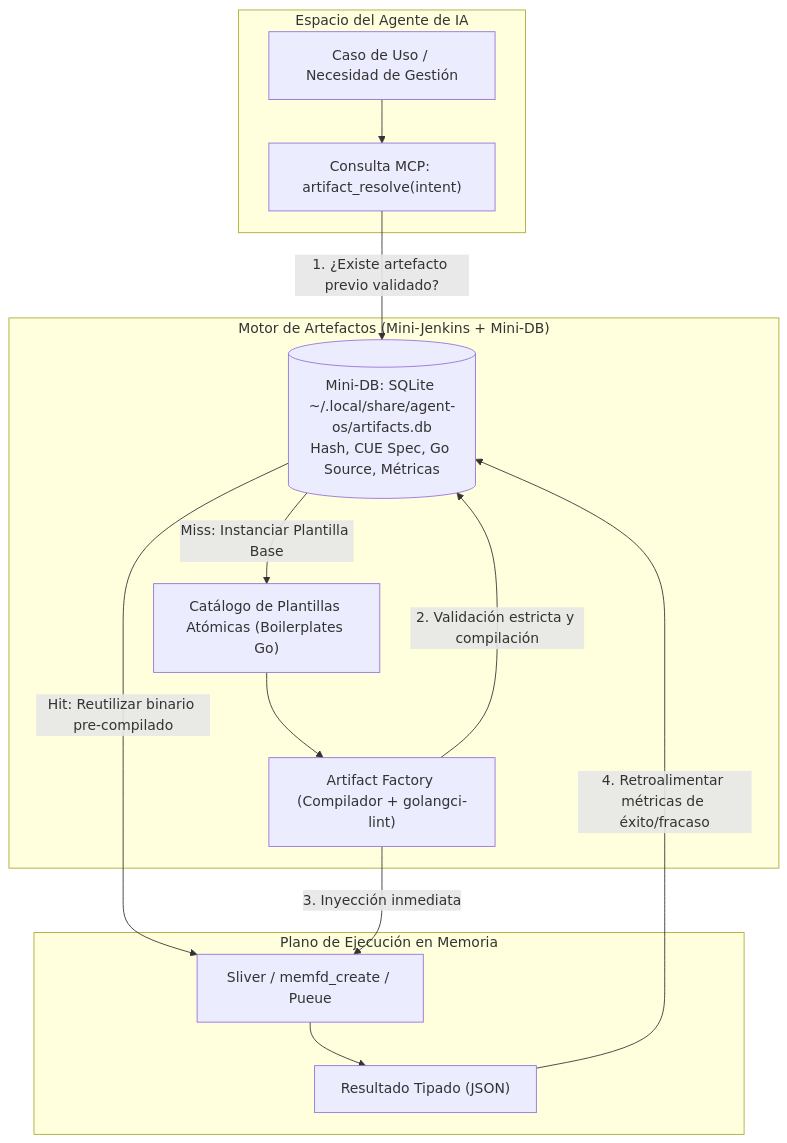
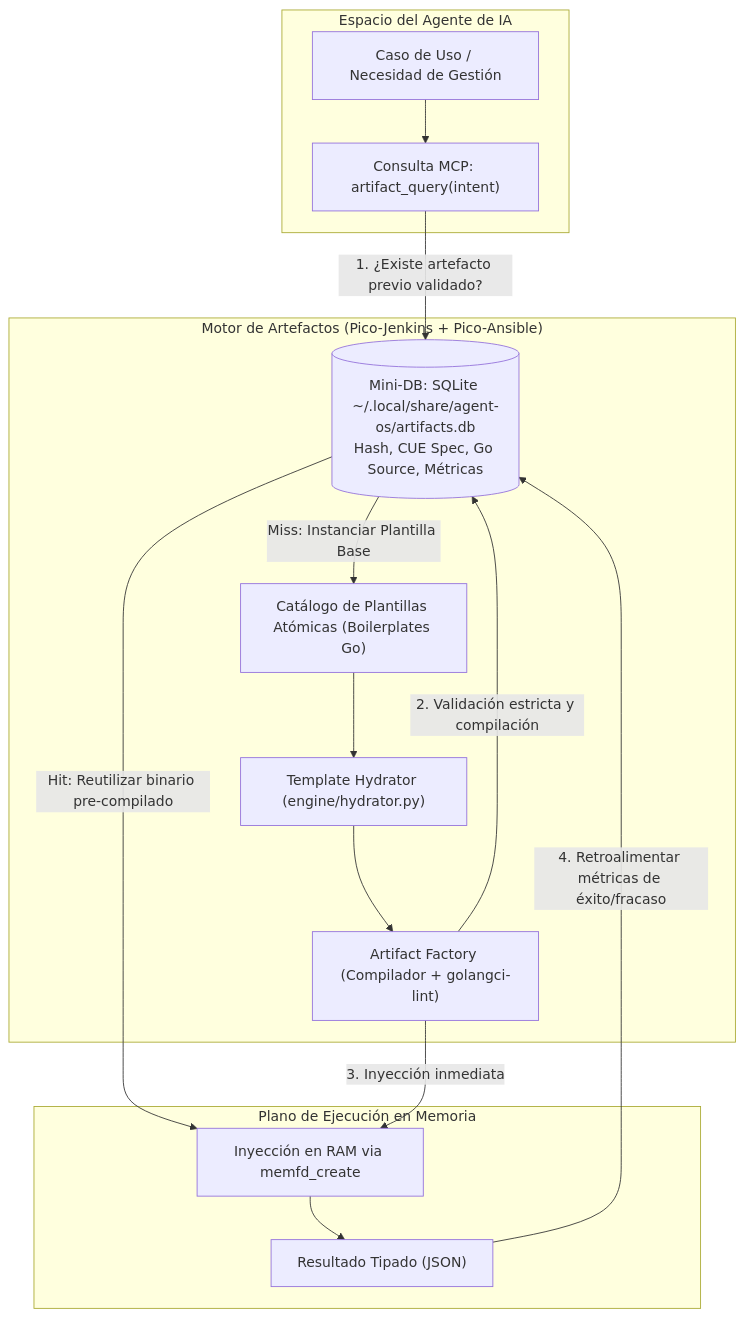
Before and after one commit to ancrz/agent-execution-plane: the third of 5 diagrams in README.md, drawn with Mermaid. The commit also changed other lines of this file and 4 other files, not shown here.

Commit message:
feat: implement FastMCP server, template hydrator, topos guard, and multi-agent setup script

````diff
--- a/README.md
+++ b/README.md
@@ -101,28 +101,30 @@
 ```mermaid
 flowchart TD
     subgraph AgentSpace["Espacio del Agente de IA"]
         Prompt["Caso de Uso / Necesidad de Gestión"]
-        MCPCall["Consulta MCP: artifact_resolve(intent)"]
+        MCPCall["Consulta MCP: artifact_query(intent)"]
     end
 
-    subgraph CatalogEngine["Motor de Artefactos (Mini-Jenkins + Mini-DB)"]
+    subgraph CatalogEngine["Motor de Artefactos (Pico-Jenkins + Pico-Ansible)"]
         DB[(Mini-DB: SQLite ~/.local/share/agent-os/artifacts.db<br/>Hash, CUE Spec, Go Source, Métricas)]
         Templates["Catálogo de Plantillas Atómicas (Boilerplates Go)"]
+        Hydrator["Template Hydrator (engine/hydrator.py)"]
         Factory["Artifact Factory (Compilador + golangci-lint)"]
     end
 
     subgraph ExecutionSpace["Plano de Ejecución en Memoria"]
-        RAMExec["Sliver / memfd_create / Pueue"]
+        RAMExec["Inyección en RAM via memfd_create"]
         Output["Resultado Tipado (JSON)"]
     end
 
     Prompt --> MCPCall
     MCPCall -->|1. ¿Existe artefacto previo validado?| DB
     DB -->|Hit: Reutilizar binario pre-compilado| RAMExec
     DB -->|Miss: Instanciar Plantilla Base| Templates
-    Templates --> Factory
+    Templates --> Hydrator
+    Hydrator --> Factory
     Factory -->|2. Validación estricta y compilación| DB
     Factory -->|3. Inyección inmediata| RAMExec
     RAMExec --> Output
     Output -->|4. Retroalimentar métricas de éxito/fracaso| DB
 ```
````
